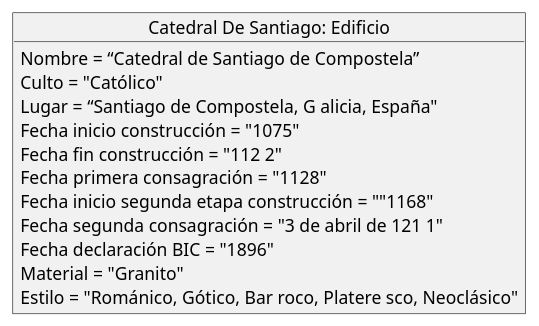
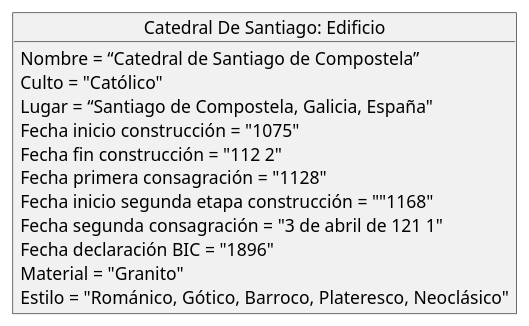
Before and after one commit to ElenaMegia/UMLs: the diagram in Ejercicio4.plantuml, drawn with PlantUML. The commit also changed 8 other files, not shown here.

```diff
--- a/Ejercicio4.plantuml
+++ b/Ejercicio4.plantuml
@@ -1,19 +1,19 @@
 @startuml
 
 object "Catedral De Santiago: Edificio" as CatedralDeSantiago{
 
     Nombre = “Catedral de Santiago de Compostela”
     Culto = "Católico"
-    Lugar = “Santiago de Compostela, G alicia, España"
+    Lugar = “Santiago de Compostela, Galicia, España"
     Fecha inicio construcción = "1075"
     Fecha fin construcción = "112 2"
     Fecha primera consagración = "1128"
     Fecha inicio segunda etapa construcción = ""1168"
     Fecha segunda consagración = "3 de abril de 121 1"
     Fecha declaración BIC = "1896"
     Material = "Granito"
-    Estilo = "Románico, Gótico, Bar roco, Platere sco, Neoclásico"
+    Estilo = "Románico, Gótico, Barroco, Plateresco, Neoclásico"
 
 }
 
 @enduml
```
